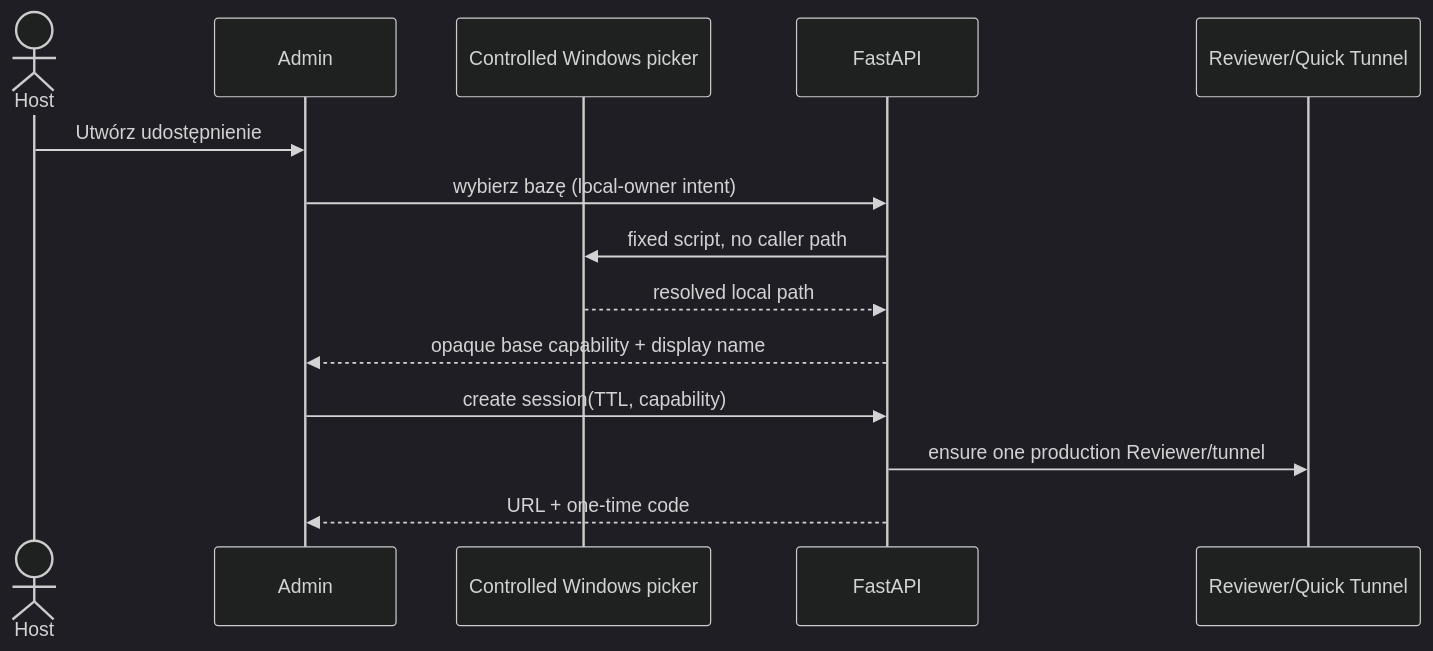
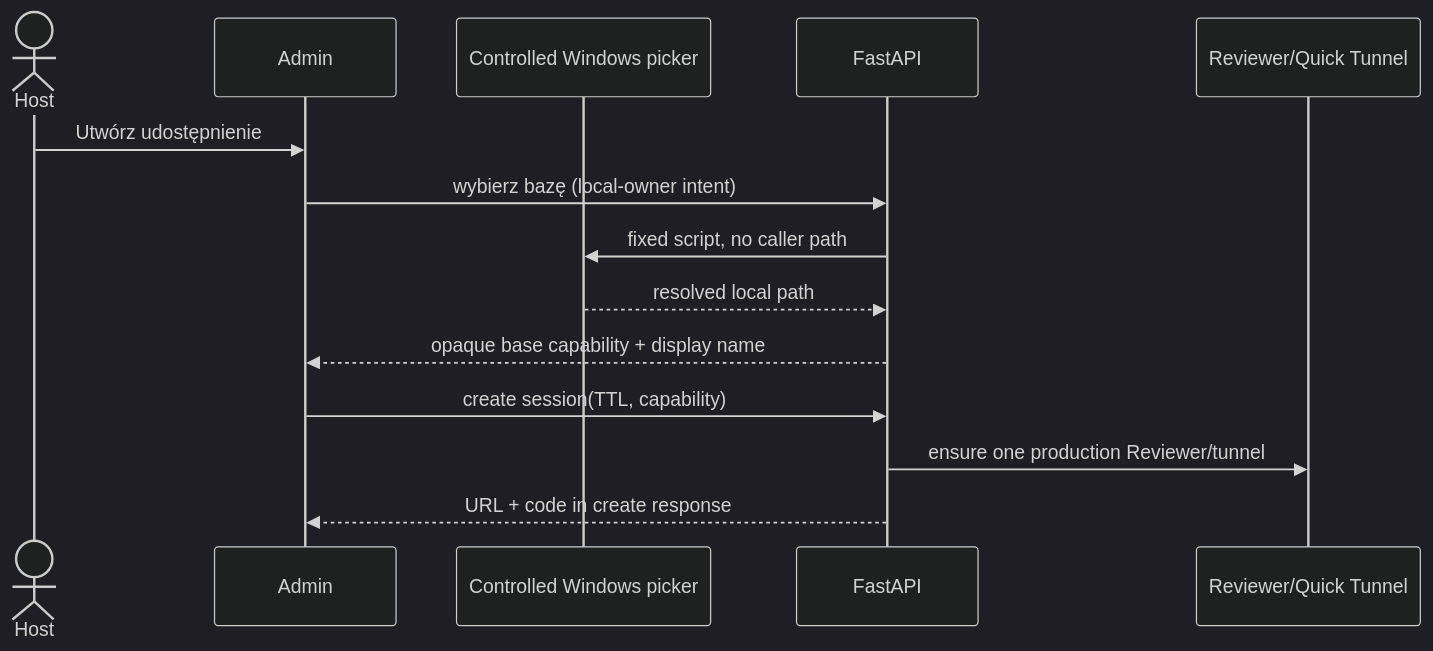
The third of 8 diagrams in ai_docs/architecture/REMOTE_MANUAL_IMAGE_SELECTION.md (tuszynski-michal/game_predicotr), drawn with Mermaid (dark theme) before and after one commit. The commit also changed other lines of this file and 10 other files, not shown here.

````diff
--- a/ai_docs/architecture/REMOTE_MANUAL_IMAGE_SELECTION.md
+++ b/ai_docs/architecture/REMOTE_MANUAL_IMAGE_SELECTION.md
@@ -346,16 +347,16 @@
 ```mermaid
 sequenceDiagram
   actor H as Host
   participant A as Admin
   participant P as Controlled Windows picker
   participant API as FastAPI
   participant R as Reviewer/Quick Tunnel
   H->>A: Utwórz udostępnienie
   A->>API: wybierz bazę (local-owner intent)
   API->>P: fixed script, no caller path
   P-->>API: resolved local path
   API-->>A: opaque base capability + display name
   A->>API: create session(TTL, capability)
   API->>R: ensure one production Reviewer/tunnel
-  API-->>A: URL + one-time code
+  API-->>A: URL + code in create response
 ```
````
